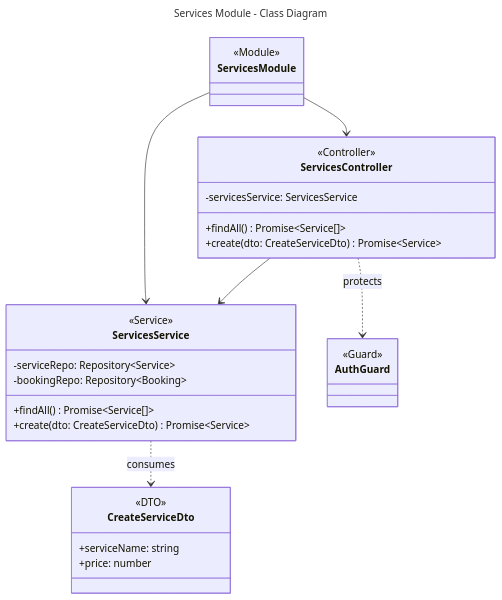
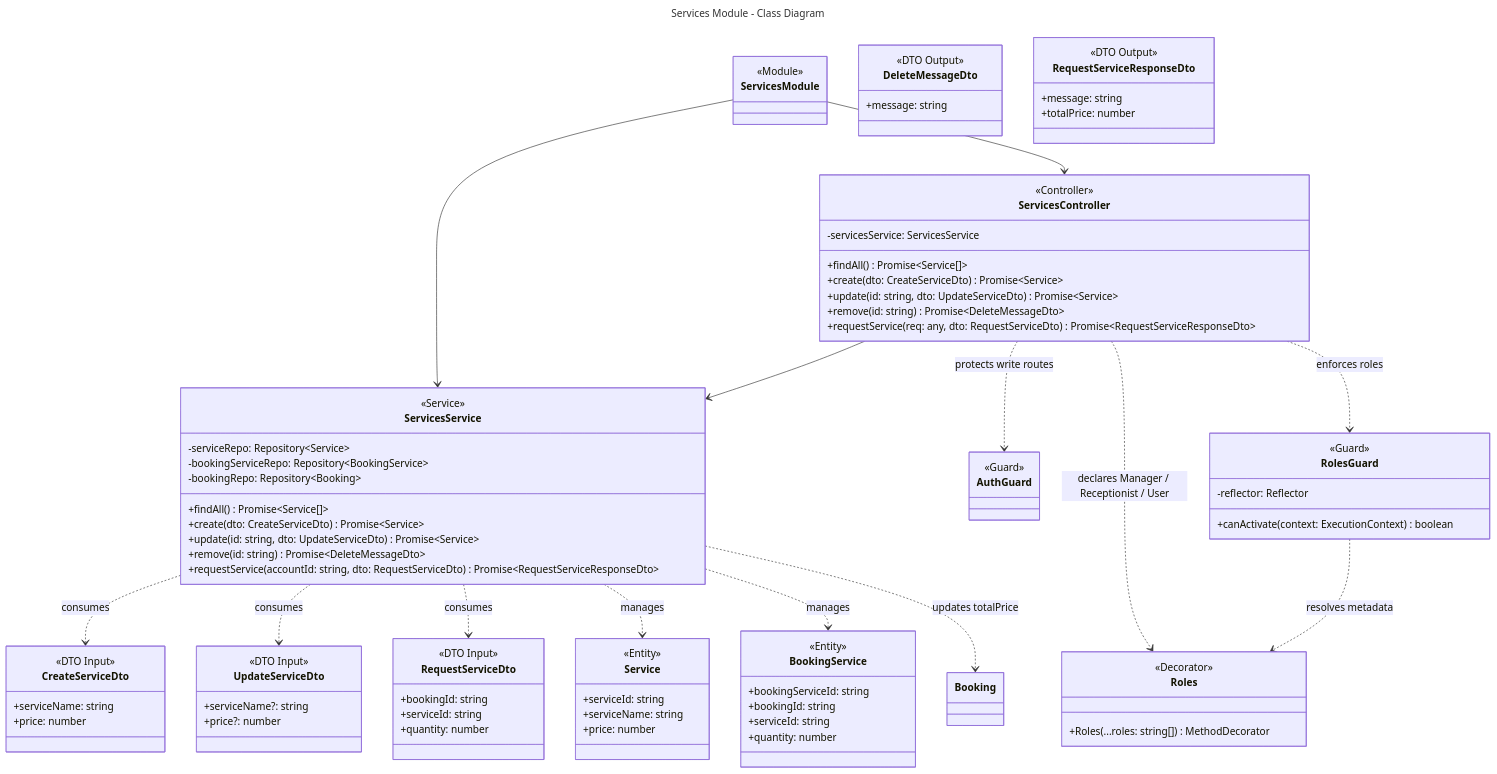
The diagram in docs/modules/services/class.mmd (Notimemech/HotelHubManagement), drawn with Mermaid before and after one commit. The commit also changed 29 other files, not shown here.

```diff
--- a/docs/modules/services/class.mmd
+++ b/docs/modules/services/class.mmd
@@ -1,38 +1,103 @@
 ---
 title: Services Module - Class Diagram
 ---
 classDiagram
     class ServicesModule {
         <<Module>>
     }
 
     class ServicesController {
         <<Controller>>
         -servicesService: ServicesService
         +findAll() Promise~Service[]~
         +create(dto: CreateServiceDto) Promise~Service~
+        +update(id: string, dto: UpdateServiceDto) Promise~Service~
+        +remove(id: string) Promise~DeleteMessageDto~
+        +requestService(req: any, dto: RequestServiceDto) Promise~RequestServiceResponseDto~
     }
 
     class ServicesService {
         <<Service>>
         -serviceRepo: Repository~Service~
+        -bookingServiceRepo: Repository~BookingService~
         -bookingRepo: Repository~Booking~
         +findAll() Promise~Service[]~
         +create(dto: CreateServiceDto) Promise~Service~
+        +update(id: string, dto: UpdateServiceDto) Promise~Service~
+        +remove(id: string) Promise~DeleteMessageDto~
+        +requestService(accountId: string, dto: RequestServiceDto) Promise~RequestServiceResponseDto~
     }
 
     class AuthGuard {
         <<Guard>>
     }
 
+    class RolesGuard {
+        <<Guard>>
+        -reflector: Reflector
+        +canActivate(context: ExecutionContext) boolean
+    }
+
+    class Roles {
+        <<Decorator>>
+        +Roles(...roles: string[]) MethodDecorator
+    }
+
     class CreateServiceDto {
-        <<DTO>>
+        <<DTO Input>>
         +serviceName: string
         +price: number
+    }
+
+    class UpdateServiceDto {
+        <<DTO Input>>
+        +serviceName?: string
+        +price?: number
+    }
+
+    class RequestServiceDto {
+        <<DTO Input>>
+        +bookingId: string
+        +serviceId: string
+        +quantity: number
+    }
+
+    class DeleteMessageDto {
+        <<DTO Output>>
+        +message: string
+    }
+
+    class RequestServiceResponseDto {
+        <<DTO Output>>
+        +message: string
+        +totalPrice: number
+    }
+
+    class Service {
+        <<Entity>>
+        +serviceId: string
+        +serviceName: string
+        +price: number
+    }
+
+    class BookingService {
+        <<Entity>>
+        +bookingServiceId: string
+        +bookingId: string
+        +serviceId: string
+        +quantity: number
     }
 
     ServicesModule --> ServicesController
     ServicesModule --> ServicesService
     ServicesController --> ServicesService
-    ServicesController ..> AuthGuard : protects
+    ServicesController ..> AuthGuard : protects write routes
+    ServicesController ..> RolesGuard : enforces roles
+    ServicesController ..> Roles : declares Manager / Receptionist / User
     ServicesService ..> CreateServiceDto : consumes
+    ServicesService ..> UpdateServiceDto : consumes
+    ServicesService ..> RequestServiceDto : consumes
+    ServicesService ..> Service : manages
+    ServicesService ..> BookingService : manages
+    ServicesService ..> Booking : updates totalPrice
+    RolesGuard ..> Roles : resolves metadata
```
